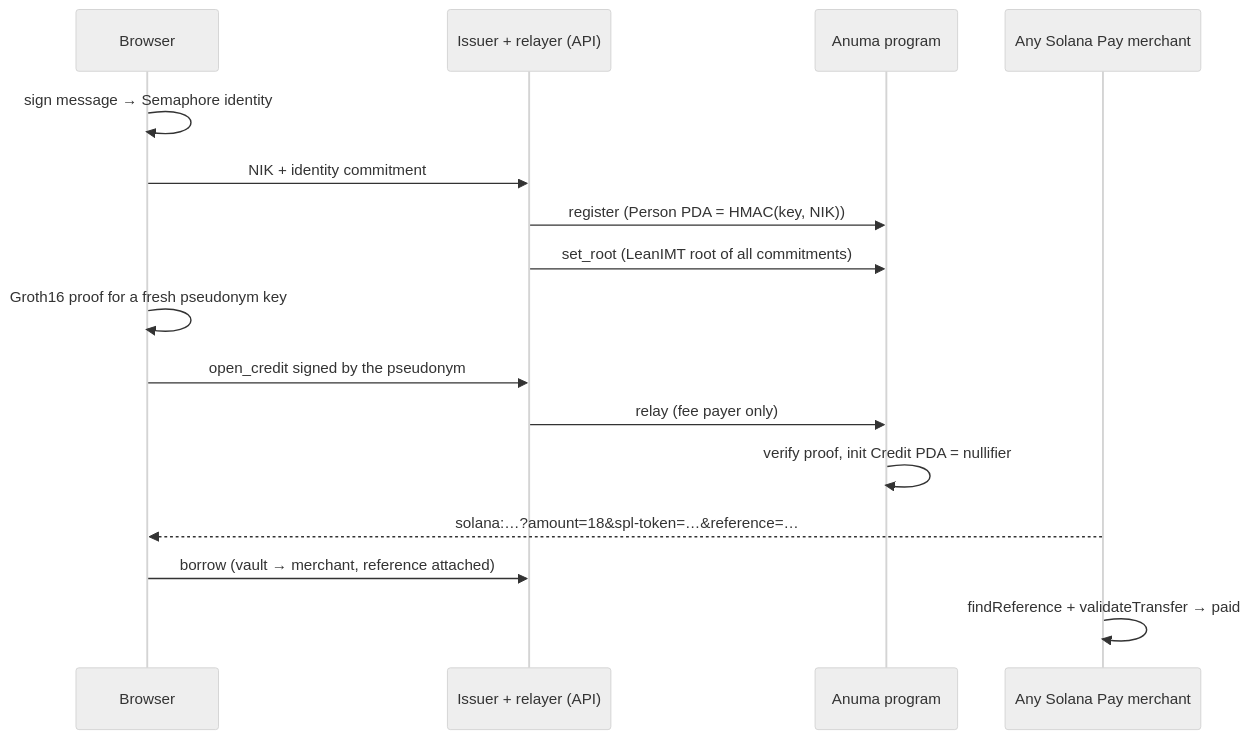
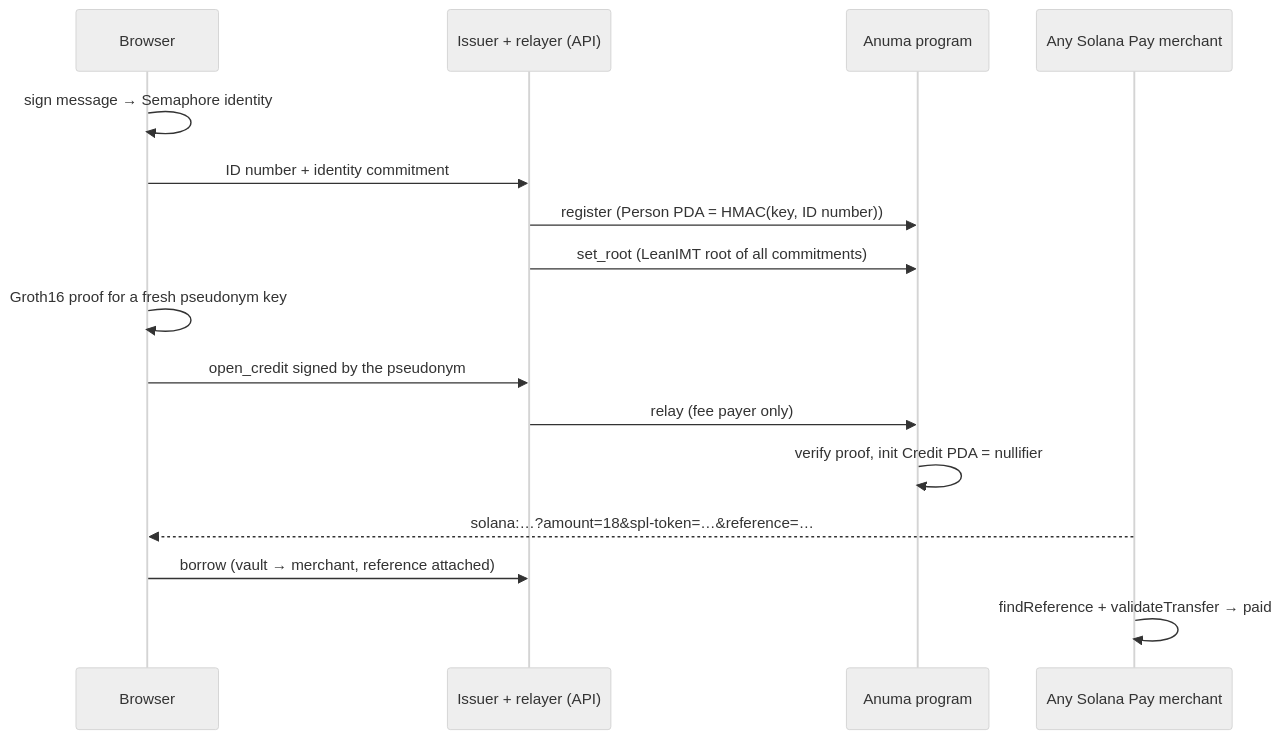
One commit to immanueljanis/anuma-finance changed the diagram in README.md. Above: the diagram before and after it, drawn with Mermaid (neutral theme). The commit also changed other lines of this file and 6 other files, not shown here.

````diff
--- a/README.md
+++ b/README.md
@@ -22,18 +22,18 @@
 ```mermaid
 sequenceDiagram
     participant U as Browser
     participant I as Issuer + relayer (API)
     participant P as Anuma program
     participant M as Any Solana Pay merchant
     U->>U: sign message → Semaphore identity
-    U->>I: NIK + identity commitment
-    I->>P: register (Person PDA = HMAC(key, NIK))
+    U->>I: ID number + identity commitment
+    I->>P: register (Person PDA = HMAC(key, ID number))
     I->>P: set_root (LeanIMT root of all commitments)
     U->>U: Groth16 proof for a fresh pseudonym key
     U->>I: open_credit signed by the pseudonym
     I->>P: relay (fee payer only)
     P->>P: verify proof, init Credit PDA = nullifier
     M-->>U: solana:…?amount=18&spl-token=…&reference=…
     U->>I: borrow (vault → merchant, reference attached)
     M->>M: findReference + validateTransfer → paid
 ```
````
